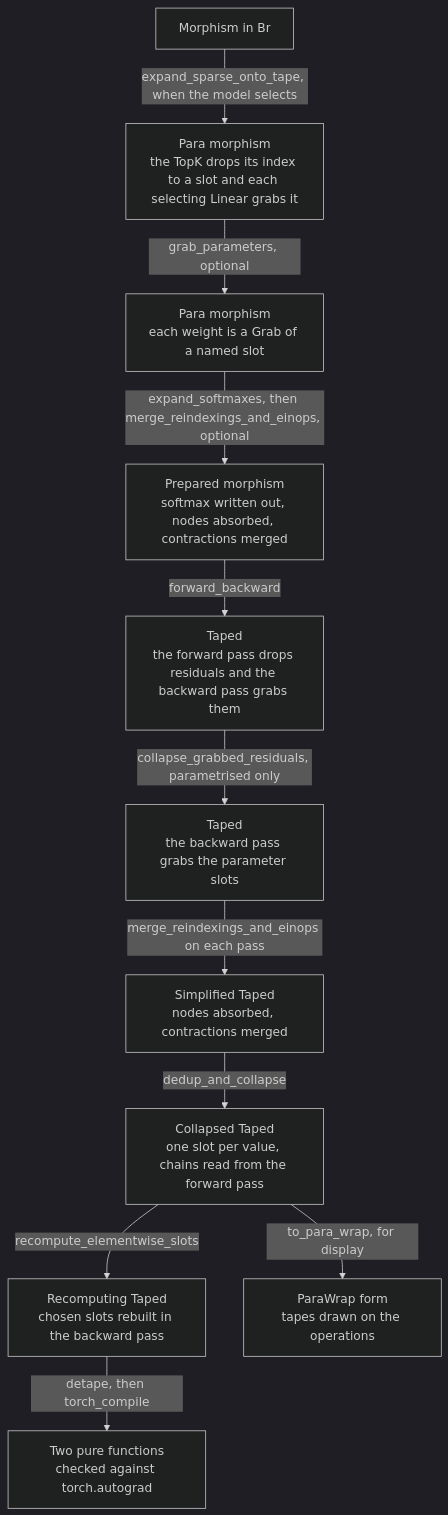
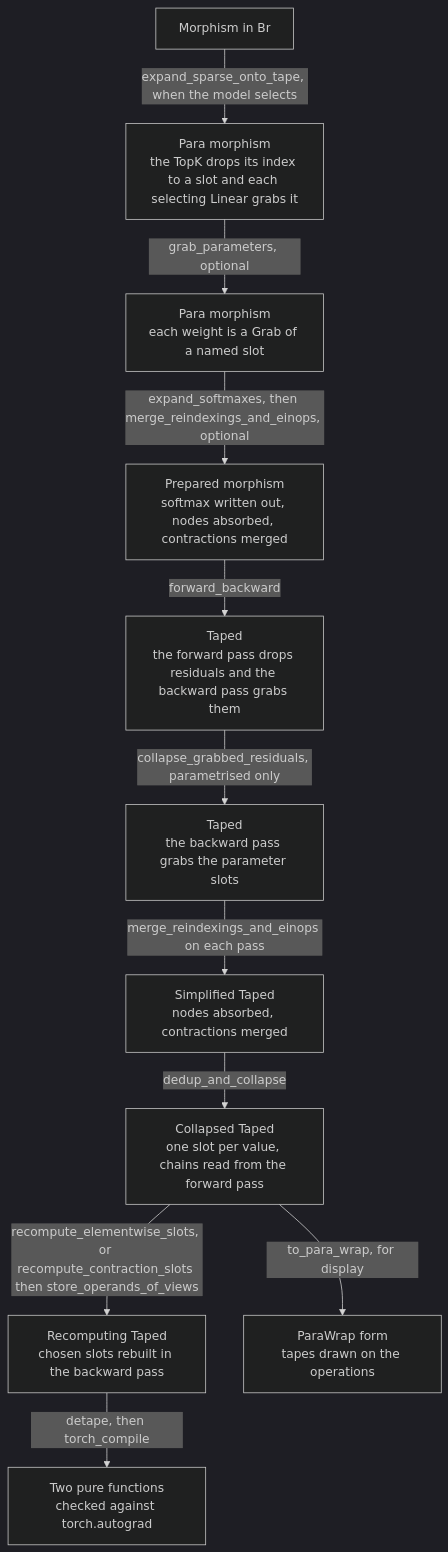
One commit to mit-zardini-lab/pyncd changed the diagram in obsidian/07-para/Training.md. Above: the diagram before and after it, drawn with Mermaid (dark theme). The commit also changed other lines of this file and 249 other files, not shown here.

````diff
--- a/obsidian/07-para/Training.md
+++ b/obsidian/07-para/Training.md
@@ -47,13 +48,13 @@
 ```mermaid
 flowchart TD
     M["Morphism in Br"] -->|"expand_sparse_onto_tape, when the model selects"| PS["Para morphism<br>the TopK drops its index to a slot and each selecting Linear grabs it"]
     PS -->|"grab_parameters, optional"| PM["Para morphism<br>each weight is a Grab of a named slot"]
     PM -->|"expand_softmaxes, then merge_reindexings_and_einops, optional"| PE["Prepared morphism<br>softmax written out, nodes absorbed, contractions merged"]
     PE -->|"forward_backward"| T["Taped<br>the forward pass drops residuals and the backward pass grabs them"]
     T -->|"collapse_grabbed_residuals, parametrised only"| TG["Taped<br>the backward pass grabs the parameter slots"]
     TG -->|"merge_reindexings_and_einops on each pass"| TS["Simplified Taped<br>nodes absorbed, contractions merged"]
     TS -->|"dedup_and_collapse"| TC["Collapsed Taped<br>one slot per value, chains read from the forward pass"]
-    TC -->|"recompute_elementwise_slots"| TR["Recomputing Taped<br>chosen slots rebuilt in the backward pass"]
+    TC -->|"recompute_elementwise_slots, or recompute_contraction_slots then store_operands_of_views"| TR["Recomputing Taped<br>chosen slots rebuilt in the backward pass"]
     TR -->|"detape, then torch_compile"| V["Two pure functions<br>checked against torch.autograd"]
     TC -->|"to_para_wrap, for display"| W["ParaWrap form<br>tapes drawn on the operations"]
 ```
````
